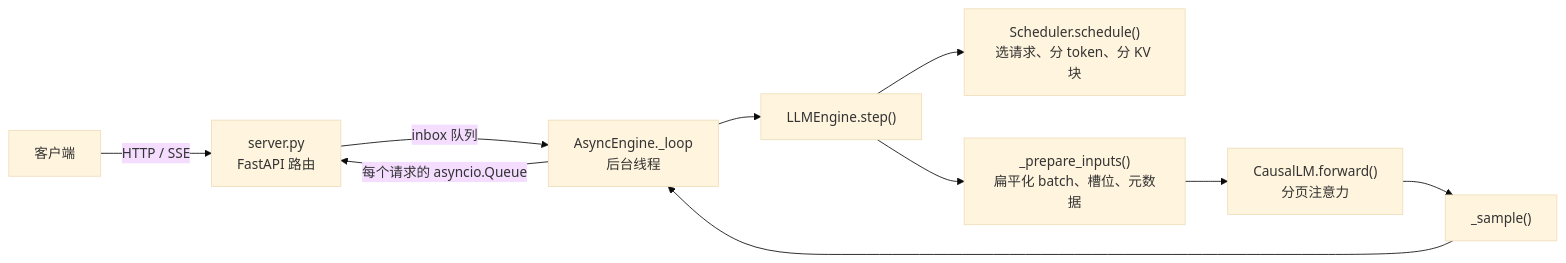
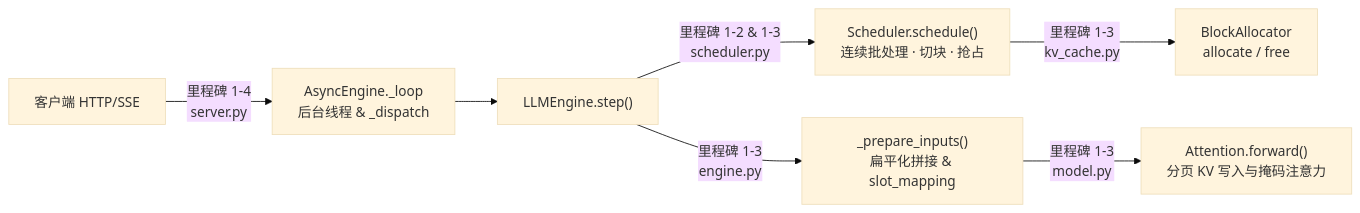
Before and after one commit to zrpxx/hands-on-llm-serving-opt: the diagram in stage1/boss-miniserve.md, drawn with Mermaid (base theme). The commit also changed other lines of this file and 22 other files, not shown here.

````diff
--- a/stage1/boss-miniserve.md
+++ b/stage1/boss-miniserve.md
@@ -46,12 +36,9 @@
 ```mermaid
 flowchart LR
-  C[客户端] -->|HTTP / SSE| API["server.py<br/>FastAPI 路由"]
-  API -->|"inbox 队列"| LOOP["AsyncEngine._loop<br/>后台线程"]
+  C["客户端 HTTP/SSE"] -->|"里程碑 1-4<br/>server.py"| LOOP["AsyncEngine._loop<br/>后台线程 & _dispatch"]
   LOOP --> ENG["LLMEngine.step()"]
-  ENG --> SCH["Scheduler.schedule()<br/>选请求、分 token、分 KV 块"]
-  ENG --> PREP["_prepare_inputs()<br/>扁平化 batch、槽位、元数据"]
-  PREP --> MODEL["CausalLM.forward()<br/>分页注意力"]
-  MODEL --> SAMP["_sample()"]
-  SAMP --> LOOP
-  LOOP -->|"每个请求的 asyncio.Queue"| API
+  ENG -->|"里程碑 1-2 & 1-3<br/>scheduler.py"| SCH["Scheduler.schedule()<br/>连续批处理 · 切块 · 抢占"]
+  SCH -->|"里程碑 1-3<br/>kv_cache.py"| KV["BlockAllocator<br/>allocate / free"]
+  ENG -->|"里程碑 1-3<br/>engine.py"| PREP["_prepare_inputs()<br/>扁平化拼接 & slot_mapping"]
+  PREP -->|"里程碑 1-3<br/>model.py"| ATTN["Attention.forward()<br/>分页 KV 写入与掩码注意力"]
 ```
````
